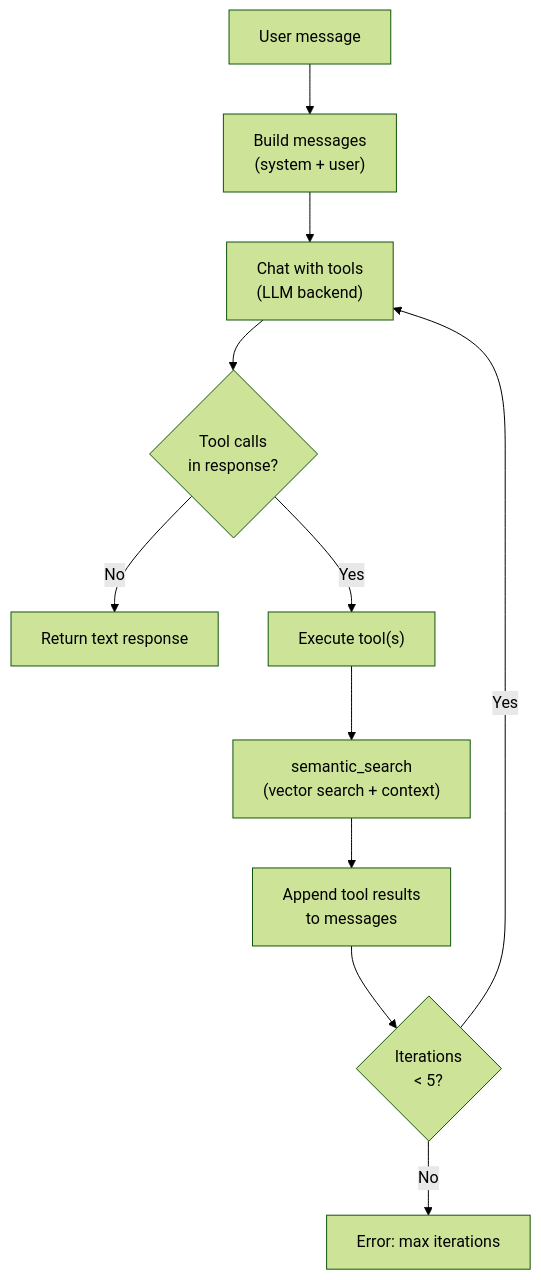
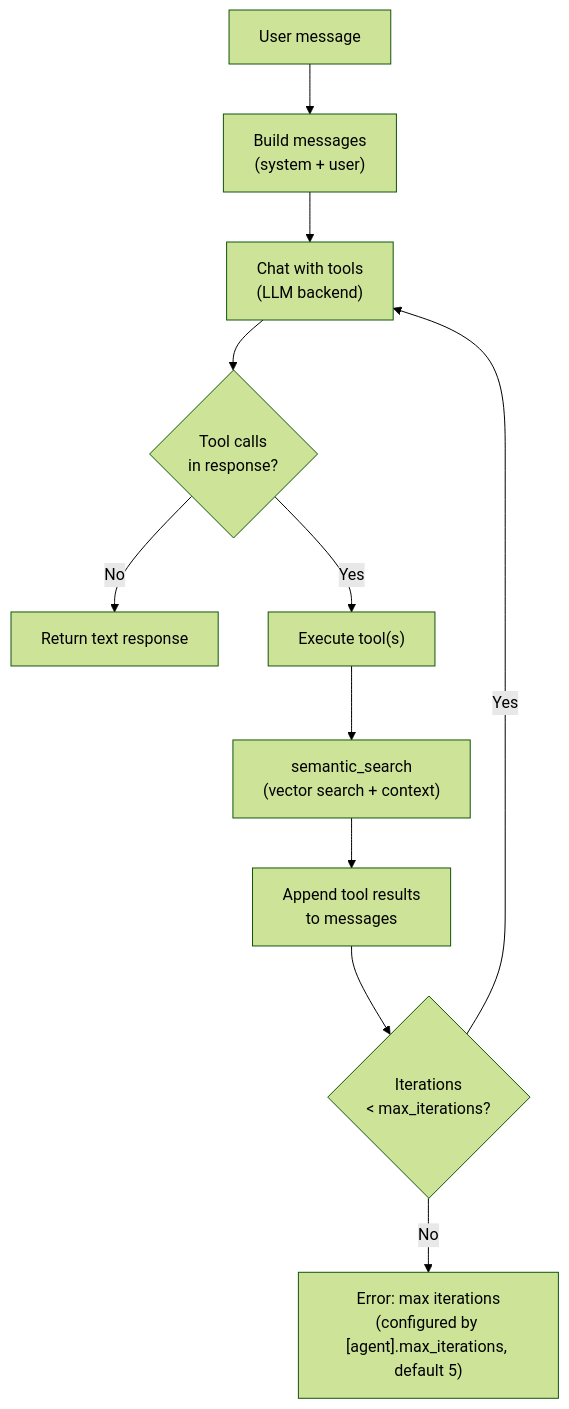
Before and after one commit to klnstprx/etsi-rag: the fifth of 8 diagrams in docs/diagrams.md, drawn with Mermaid (forest theme). The commit also changed other lines of this file and 29 other files, not shown here.

````diff
--- a/docs/diagrams.md
+++ b/docs/diagrams.md
@@ -168,17 +168,17 @@
 ```mermaid
 flowchart TB
     Start["User message"] --> Build["Build messages<br/>(system + user)"]
     Build --> LLMCall["Chat with tools<br/>(LLM backend)"]
     LLMCall --> Check{"Tool calls<br/>in response?"}
 
     Check -->|"No"| Final["Return text response"]
     Check -->|"Yes"| Execute["Execute tool(s)"]
 
     Execute --> SemanticSearch["semantic_search<br/>(vector search + context)"]
 
     SemanticSearch --> Append["Append tool results<br/>to messages"]
 
-    Append --> Counter{"Iterations<br/>< 5?"}
+    Append --> Counter{"Iterations<br/>< max_iterations?"}
     Counter -->|"Yes"| LLMCall
-    Counter -->|"No"| Error["Error: max iterations"]
+    Counter -->|"No"| Error["Error: max iterations<br/>(configured by [agent].max_iterations, default 5)"]
 ```
````
